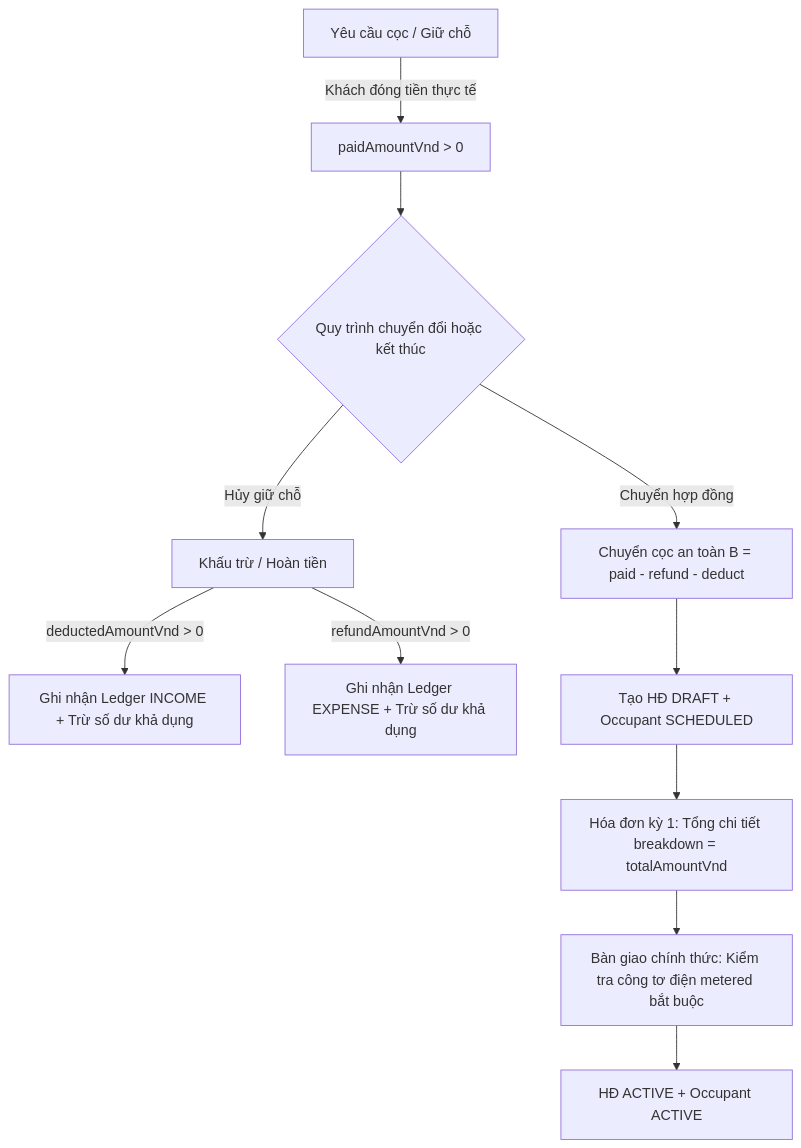
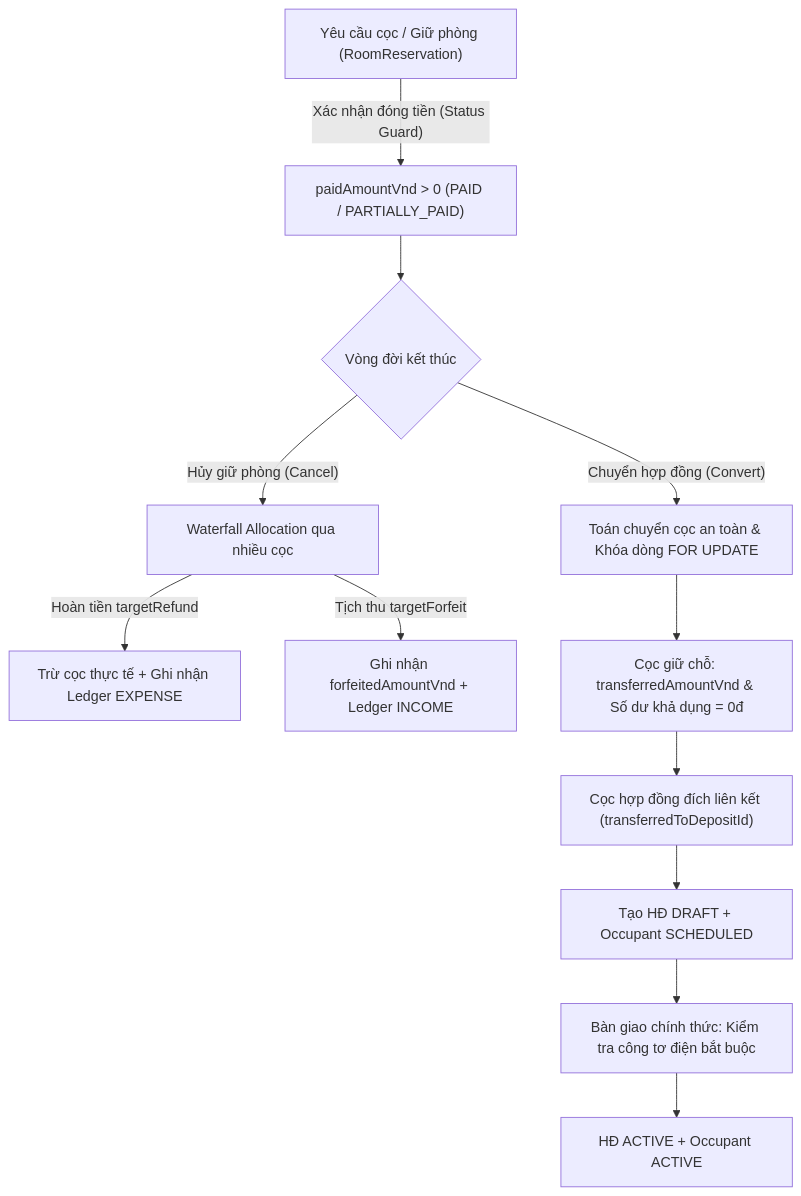
The diagram in docs/evidence/console-v2/CONSOLE_V2_C3_REPORT.md (tcandt/adhome-platform), drawn with Mermaid before and after one commit. The commit also changed other lines of this file and 12 other files, not shown here.

Commit message:
feat(console-v2): remediate C3.1 multi-deposit waterfall, atomic idempotency, status guards, and UI refinements

````diff
--- a/docs/evidence/console-v2/CONSOLE_V2_C3_REPORT.md
+++ b/docs/evidence/console-v2/CONSOLE_V2_C3_REPORT.md
@@ -18,13 +18,14 @@
 ```mermaid
 flowchart TD
-    A["Yêu cầu cọc / Giữ chỗ"] -->|"Khách đóng tiền thực tế"| B["paidAmountVnd > 0"]
-    B --> C{"Quy trình chuyển đổi hoặc kết thúc"}
-    C -->|"Hủy giữ chỗ"| D["Khấu trừ / Hoàn tiền"]
-    D -->|"deductedAmountVnd > 0"| E["Ghi nhận Ledger INCOME + Trừ số dư khả dụng"]
-    D -->|"refundAmountVnd > 0"| F["Ghi nhận Ledger EXPENSE + Trừ số dư khả dụng"]
-    C -->|"Chuyển hợp đồng"| G["Chuyển cọc an toàn B = paid - refund - deduct"]
-    G --> H["Tạo HĐ DRAFT + Occupant SCHEDULED"]
-    H --> I["Hóa đơn kỳ 1: Tổng chi tiết breakdown = totalAmountVnd"]
-    I --> J["Bàn giao chính thức: Kiểm tra công tơ điện metered bắt buộc"]
-    J --> K["HĐ ACTIVE + Occupant ACTIVE"]
+    A["Yêu cầu cọc / Giữ phòng (RoomReservation)"] -->|"Xác nhận đóng tiền (Status Guard)"| B["paidAmountVnd > 0 (PAID / PARTIALLY_PAID)"]
+    B --> C{"Vòng đời kết thúc"}
+    C -->|"Hủy giữ phòng (Cancel)"| D["Waterfall Allocation qua nhiều cọc"]
+    D -->|"Hoàn tiền targetRefund"| E["Trừ cọc thực tế + Ghi nhận Ledger EXPENSE"]
+    D -->|"Tịch thu targetForfeit"| F["Ghi nhận forfeitedAmountVnd + Ledger INCOME"]
+    C -->|"Chuyển hợp đồng (Convert)"| G["Toán chuyển cọc an toàn & Khóa dòng FOR UPDATE"]
+    G --> H["Cọc giữ chỗ: transferredAmountVnd & Số dư khả dụng = 0đ"]
+    H --> I["Cọc hợp đồng đích liên kết (transferredToDepositId)"]
+    I --> J["Tạo HĐ DRAFT + Occupant SCHEDULED"]
+    J --> K["Bàn giao chính thức: Kiểm tra công tơ điện bắt buộc"]
+    K --> L["HĐ ACTIVE + Occupant ACTIVE"]
 ```
````
